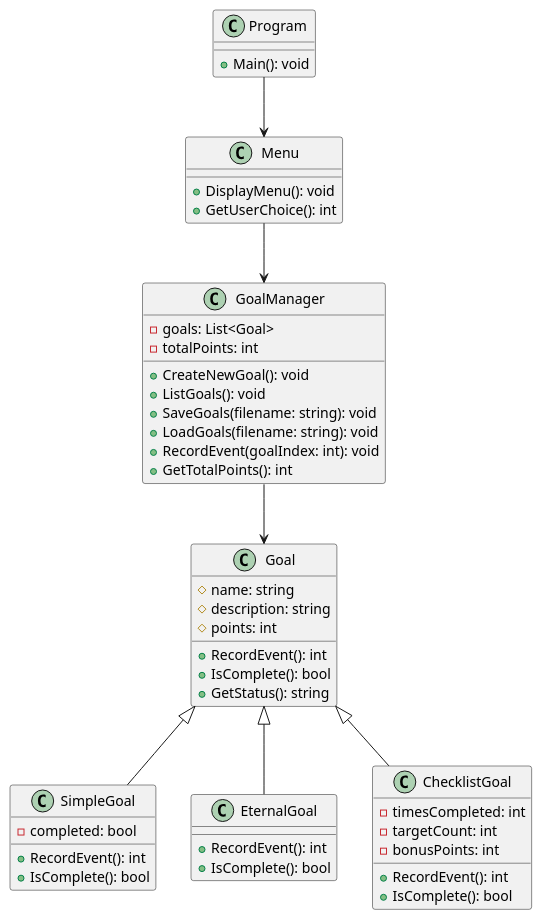
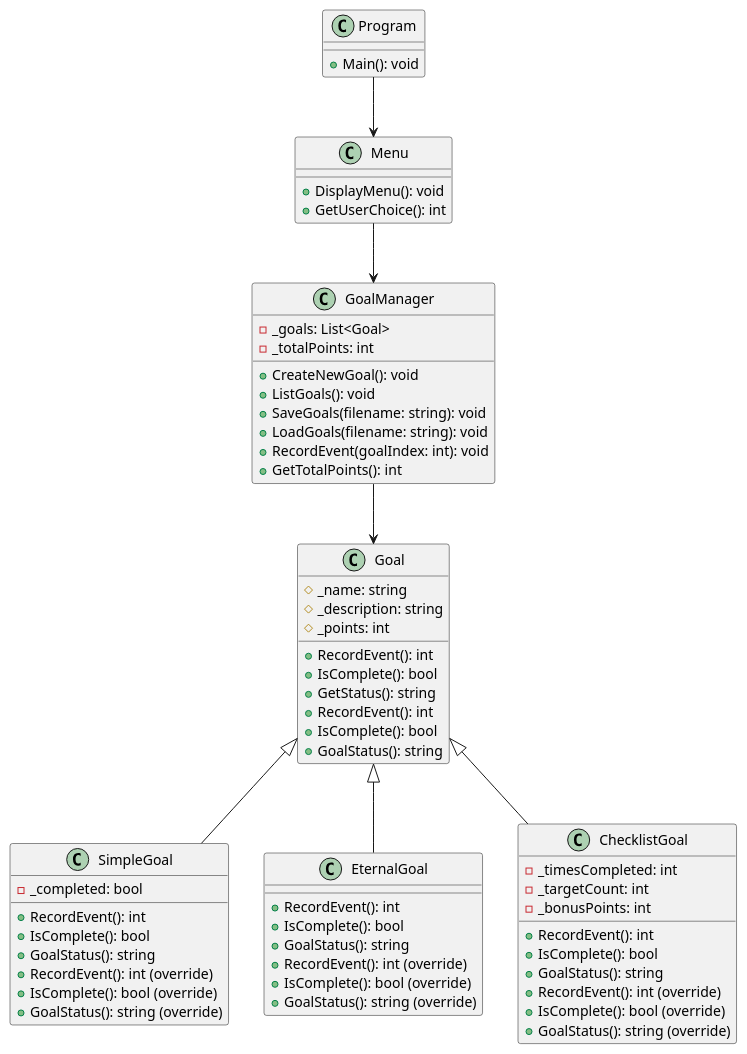
Before and after one commit to jaredsrice/cse210-assignments: the diagram in prove/Develop05/eternal.plantuml, drawn with PlantUML.

Commit message:
fixed for polymorphism clarity

```diff
--- a/prove/Develop05/eternal.plantuml
+++ b/prove/Develop05/eternal.plantuml
@@ -1,56 +1,80 @@
-@startuml eternal
+@startuml eternal 
+
 class Program {
     + Main(): void
 }
 
 class Menu {
     + DisplayMenu(): void
     + GetUserChoice(): int
 }
 
 class Goal {
-    # name: string
-    # description: string
-    # points: int
+    # _name: string
+    # _description: string
+    # _points: int
     + RecordEvent(): int
     + IsComplete(): bool
     + GetStatus(): string
 }
 
 class SimpleGoal {
-    - completed: bool
+    - _completed: bool
     + RecordEvent(): int
     + IsComplete(): bool
+    + GoalStatus(): string
 }
 
 class EternalGoal {
     + RecordEvent(): int
     + IsComplete(): bool
+    + GoalStatus(): string
 }
 
 class ChecklistGoal {
-    - timesCompleted: int
-    - targetCount: int
-    - bonusPoints: int
+    - _timesCompleted: int
+    - _targetCount: int
+    - _bonusPoints: int
     + RecordEvent(): int
     + IsComplete(): bool
+    + GoalStatus(): string
 }
 
 class GoalManager {
-    - goals: List<Goal>
-    - totalPoints: int
+    - _goals: List<Goal>
+    - _totalPoints: int
     + CreateNewGoal(): void
     + ListGoals(): void
     + SaveGoals(filename: string): void
     + LoadGoals(filename: string): void
     + RecordEvent(goalIndex: int): void
     + GetTotalPoints(): int
 }
 
 Program --> Menu
 Menu --> GoalManager
 Goal <|-- SimpleGoal
 Goal <|-- EternalGoal
 Goal <|-- ChecklistGoal
 GoalManager --> Goal
+
+Goal : +RecordEvent(): int
+Goal : +IsComplete(): bool
+Goal : +GoalStatus(): string
+
+SimpleGoal : +RecordEvent(): int (override)
+SimpleGoal : +IsComplete(): bool (override)
+SimpleGoal : +GoalStatus(): string (override)
+
+EternalGoal : +RecordEvent(): int (override)
+EternalGoal : +IsComplete(): bool (override)
+EternalGoal : +GoalStatus(): string (override)
+
+ChecklistGoal : +RecordEvent(): int (override)
+ChecklistGoal : +IsComplete(): bool (override)
+ChecklistGoal : +GoalStatus(): string (override)
+
+' Just so you're aware, I did ask chat gpt to tell me the syntax
+' for overriding methods in plantuml because I couldn't find anything otherwise
+
 @enduml
```
